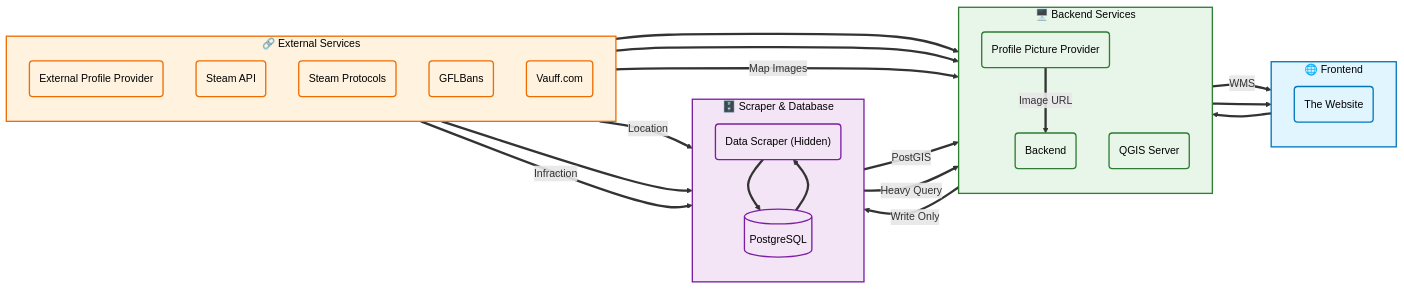
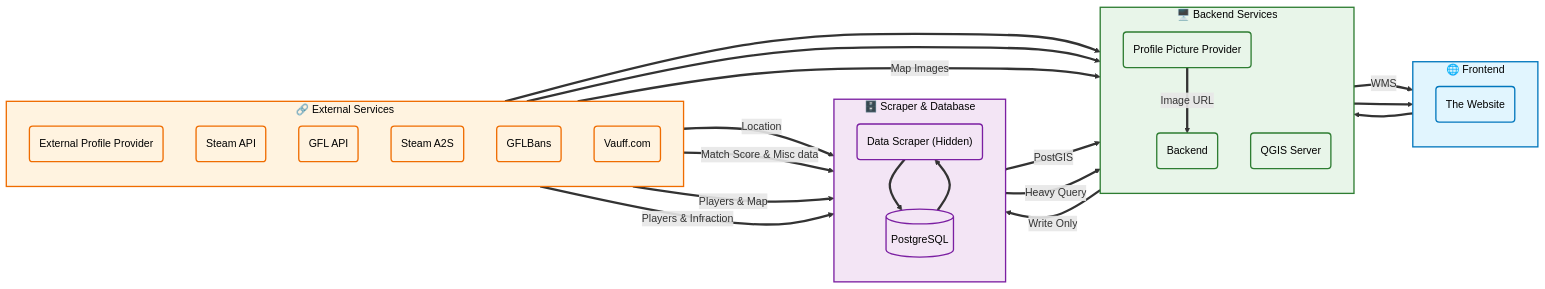
The diagram in README.md (InterStella0/gfl-ze-watcher), drawn with Mermaid before and after one commit. The commit also changed other lines of this file, not shown here.

````diff
--- a/README.md
+++ b/README.md
@@ -12,61 +19,63 @@
 ```mermaid
 flowchart LR
   %% Frontend
   subgraph FE["🌐 Frontend"]
     direction TB
     Website("The Website")
   end
   %% Backend & GIS
   subgraph BE["🖥️ Backend Services"]
     direction TB
     Backend("Backend")
     QGIS("QGIS Server")
     ProfileProvider("Profile Picture Provider")
   end
   %% Scraper & Database
   subgraph DSDB["🗄️ Scraper & Database"]
     direction TB
     DataScraper("Data Scraper (Hidden)")
     Database[("PostgreSQL")]
   end
   %% External services
   subgraph EX["🔗 External Services"]
     direction TB
     ExternalProfileProvider("External Profile Provider")
     SteamAPI("Steam API")
-    SteamProtocol("Steam Protocols")
+    GFLAPI("GFL API")
+    SteamA2s("Steam A2S")
     GFLBans("GFLBans")
     Vauff("Vauff.com")
   end
   %% Connections with higher contrast arrows
   Website        ==> Backend
   QGIS           == WMS ==> Website
   Database       == PostGIS ==> QGIS
   Backend        ==>|Write Only| Database
   Database       ==>|Heavy Query| Backend
   Backend        ==> Website
   DataScraper    ==> Database
   Database       ==> DataScraper
   ProfileProvider ==>|Image URL| Backend
   SteamAPI       ==> ProfileProvider
   ExternalProfileProvider ==> ProfileProvider
   SteamAPI       ==>|Location| DataScraper
-  SteamProtocol  ==> DataScraper
-  GFLBans        ==>|Infraction| DataScraper
+  GFLAPI       ==>|Match Score & Misc data| DataScraper
+  SteamA2s  ==>|Players & Map| DataScraper
+  GFLBans        ==>|Players & Infraction| DataScraper
   Vauff          ==>|Map Images| Backend
   %% GitHub-friendly styles with high contrast and rounded borders
   classDef fe fill:#e1f5fe,stroke:#0277bd,stroke-width:2px,color:#000000
   classDef be fill:#e8f5e9,stroke:#2e7d32,stroke-width:2px,color:#000000
   classDef db fill:#f3e5f5,stroke:#7b1fa2,stroke-width:2px,color:#000000
   classDef ex fill:#fff3e0,stroke:#ef6c00,stroke-width:2px,color:#000000
   %% Apply styling to nodes
   class Website fe
   class Backend,QGIS,ProfileProvider be
   class DataScraper,Database db
-  class ExternalProfileProvider,SteamAPI,SteamProtocol,GFLBans,Vauff ex
+  class ExternalProfileProvider,SteamAPI,SteamA2s,GFLBans,Vauff,GFLAPI ex
   %% Style subgraphs with rounded corners
   style FE fill:#e1f5fe,stroke:#0277bd,stroke-width:2px,color:#000000
   style BE fill:#e8f5e9,stroke:#2e7d32,stroke-width:2px,color:#000000
   style DSDB fill:#f3e5f5,stroke:#7b1fa2,stroke-width:2px,color:#000000
   style EX fill:#fff3e0,stroke:#ef6c00,stroke-width:2px,color:#000000
 ```
````
